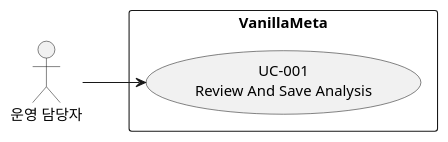
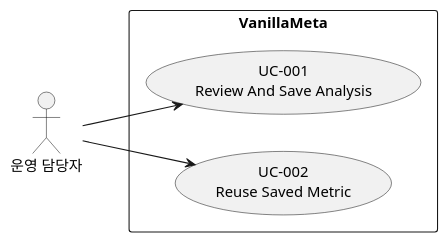
The diagram in docs/use_cases.puml (vanillabrain/vanillameta), drawn with PlantUML before and after one commit. The commit also changed 18 other files, not shown here.

Commit message:
feat(ai): reuse canonical saved metric expressions in analysis drafts

```diff
--- a/docs/use_cases.puml
+++ b/docs/use_cases.puml
@@ -1,8 +1,10 @@
 @startuml
 left to right direction
 actor "운영 담당자" as operator
 rectangle "VanillaMeta" {
  usecase "UC-001\nReview And Save Analysis" as UC001
+ usecase "UC-002\nReuse Saved Metric" as UC002
 }
+operator --> UC002
 operator --> UC001
 @enduml
```
